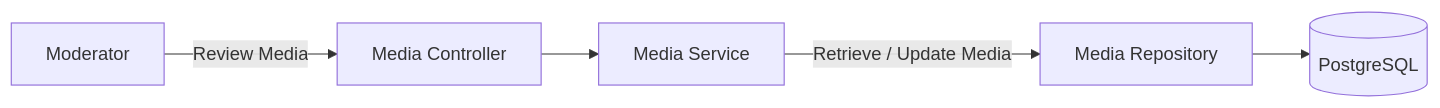
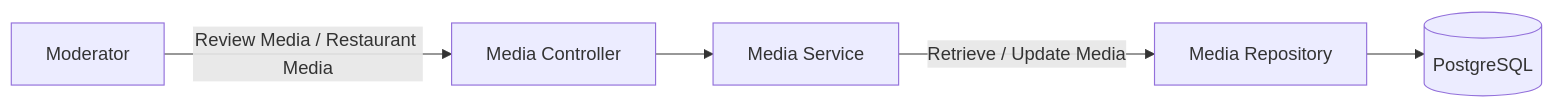
Before and after one commit to engineer-amrit/CSCI-275: the third of 21 diagrams in docs/src/Design_Document.md, drawn with Mermaid. The commit also changed other lines of this file and 1 other file, not shown here.

````diff
--- a/docs/src/Design_Document.md
+++ b/docs/src/Design_Document.md
@@ -270,20 +274,20 @@
 ```mermaid
 flowchart LR
 
     Moderator["Moderator"]
 
     MediaController["Media Controller"]
     MediaService["Media Service"]
 
     MediaRepository["Media Repository"]
 
     PostgreSQL[(PostgreSQL)]
 
-    Moderator -->|"Review Media"| MediaController
+    Moderator -->|"Review Media / Restaurant Media"| MediaController
 
     MediaController --> MediaService
 
     MediaService -->|"Retrieve / Update Media"| MediaRepository
 
     MediaRepository --> PostgreSQL
 ```
````
